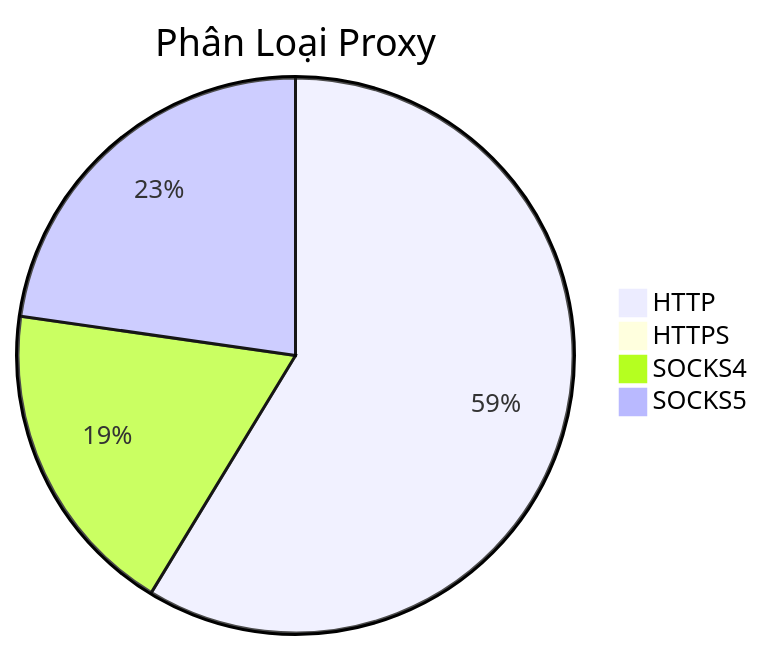
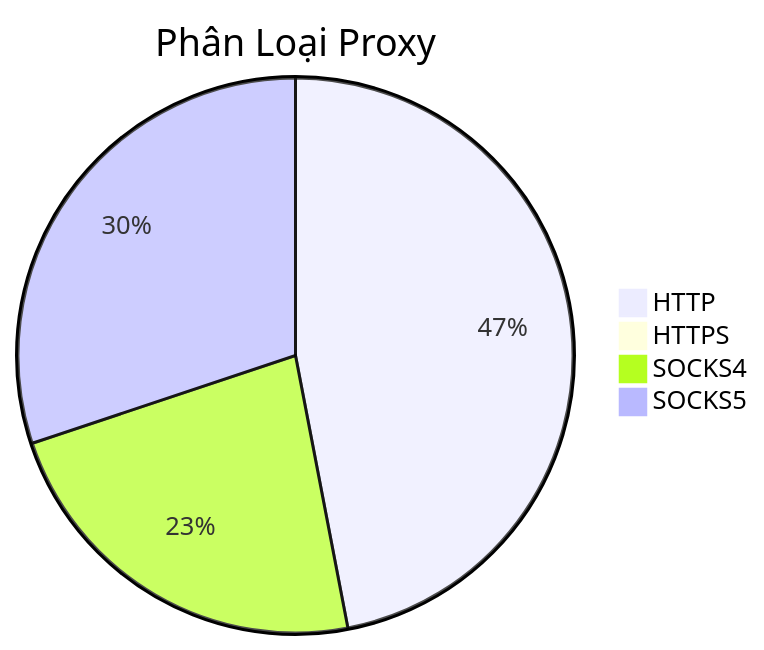
Before and after one commit to Ciara-12/PROXY-free: the diagram in README.md, drawn with Mermaid. The commit also changed other lines of this file and 3 other files, not shown here.

````diff
--- a/README.md
+++ b/README.md
@@ -26,7 +26,7 @@
 ```mermaid
 pie title Phân Loại Proxy
-    "HTTP" : 1296
+    "HTTP" : 800
     "HTTPS" : 0
-    "SOCKS4" : 410
-    "SOCKS5" : 502
+    "SOCKS4" : 390
+    "SOCKS5" : 513
 ```
````
